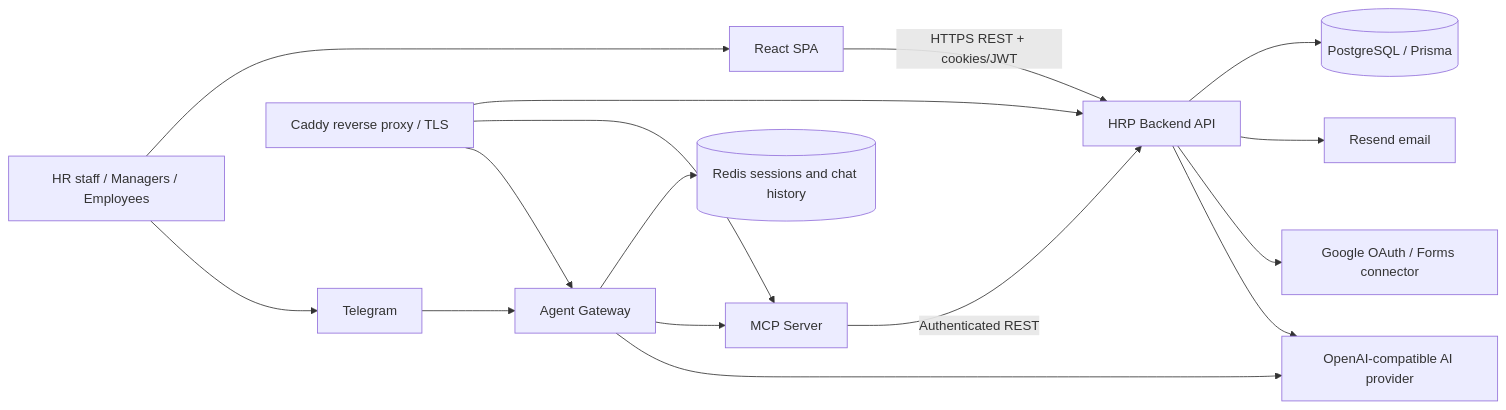
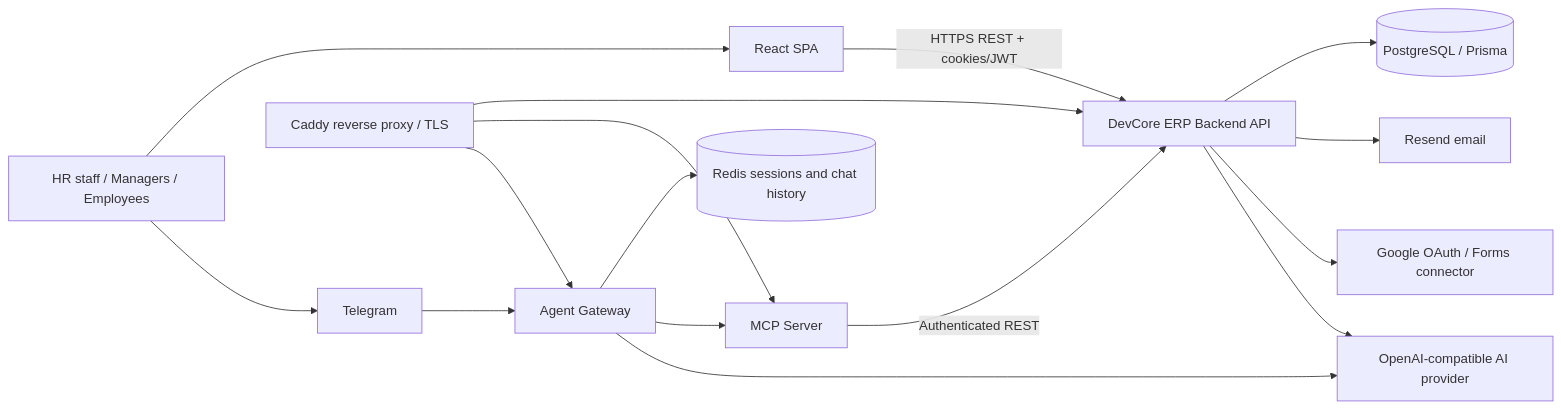
One commit to ldanh270/dev-core-erp changed the first of 4 diagrams in docs/enterprise-project-documentation.md. Above: the diagram before and after it, drawn with Mermaid. The commit also changed other lines of this file and 10 other files, not shown here.

Commit message:
docs: rebrand project to DevCore ERP across system documentation

````diff
--- a/docs/enterprise-project-documentation.md
+++ b/docs/enterprise-project-documentation.md
@@ -48,20 +48,20 @@
 ```mermaid
 flowchart LR
     User["HR staff / Managers / Employees"] --> Web["React SPA"]
     User --> Telegram["Telegram"]
-    Web -->|"HTTPS REST + cookies/JWT"| API["HRP Backend API"]
+    Web -->|"HTTPS REST + cookies/JWT"| API["DevCore ERP Backend API"]
     API --> DB[("PostgreSQL / Prisma")]
     API --> Mail["Resend email"]
     API --> Google["Google OAuth / Forms connector"]
     API --> AIProvider["OpenAI-compatible AI provider"]
 
     Telegram --> Gateway["Agent Gateway"]
     Gateway --> Redis[("Redis sessions and chat history")]
     Gateway --> MCP["MCP Server"]
     MCP -->|"Authenticated REST"| API
     Gateway --> AIProvider
 
     Caddy["Caddy reverse proxy / TLS"] --> API
     Caddy --> MCP
     Caddy --> Gateway
 ```
````
